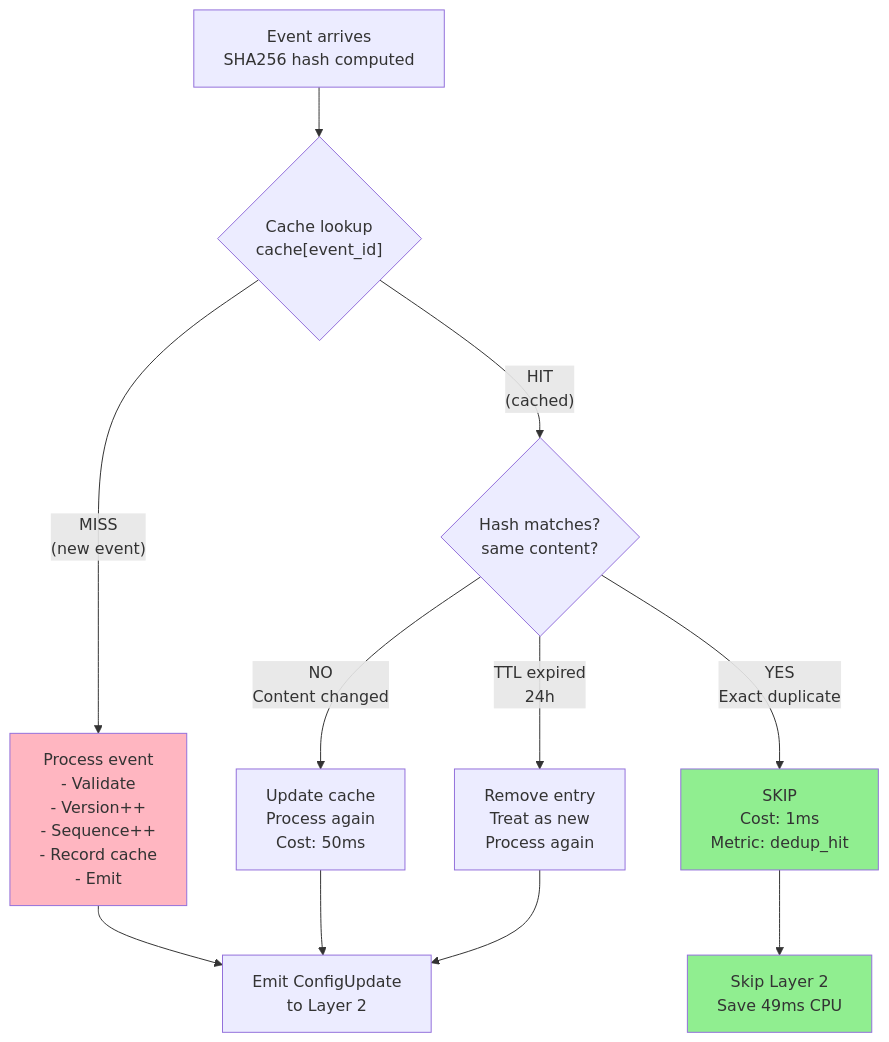
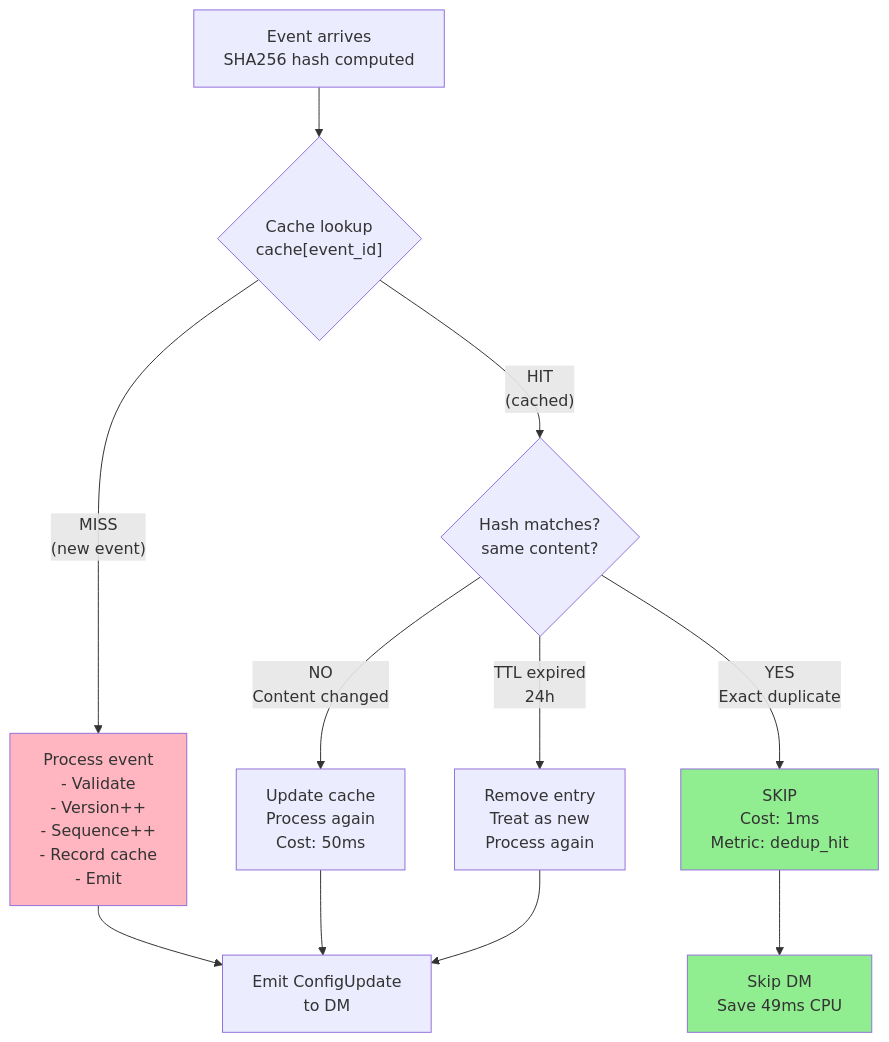
One commit to rashmirrout/DashFabric changed the third of 14 diagrams in docs/FM-Designs/FM_DESIGN_LAYER1_CONFIG_PLANE_SUPER_ENHANCED.md. Above: the diagram before and after it, drawn with Mermaid. The commit also changed other lines of this file and 32 other files, not shown here.

````diff
--- a/docs/FM-Designs/FM_DESIGN_LAYER1_CONFIG_PLANE_SUPER_ENHANCED.md
+++ b/docs/FM-Designs/FM_DESIGN_LAYER1_CONFIG_PLANE_SUPER_ENHANCED.md
@@ -185,23 +185,23 @@
 ```mermaid
 graph TD
     A["Event arrives<br/>SHA256 hash computed"] --> B{"Cache lookup<br/>cache[event_id]"}
     
     B -->|"MISS<br/>(new event)"| C["Process event<br/>- Validate<br/>- Version++<br/>- Sequence++<br/>- Record cache<br/>- Emit"]
     
     B -->|"HIT<br/>(cached)"| D{"Hash matches?<br/>same content?"}
     
     D -->|"YES<br/>Exact duplicate"| E["SKIP<br/>Cost: 1ms<br/>Metric: dedup_hit"]
     
     D -->|"NO<br/>Content changed"| F["Update cache<br/>Process again<br/>Cost: 50ms"]
     
     D -->|"TTL expired<br/>24h"| G["Remove entry<br/>Treat as new<br/>Process again"]
     
-    C --> H["Emit ConfigUpdate<br/>to Layer 2"]
+    C --> H["Emit ConfigUpdate<br/>to DM"]
     F --> H
     G --> H
-    E --> I["Skip Layer 2<br/>Save 49ms CPU"]
+    E --> I["Skip DM<br/>Save 49ms CPU"]
     
     style E fill:#90EE90
     style C fill:#FFB6C1
     style I fill:#90EE90
 ```
````
